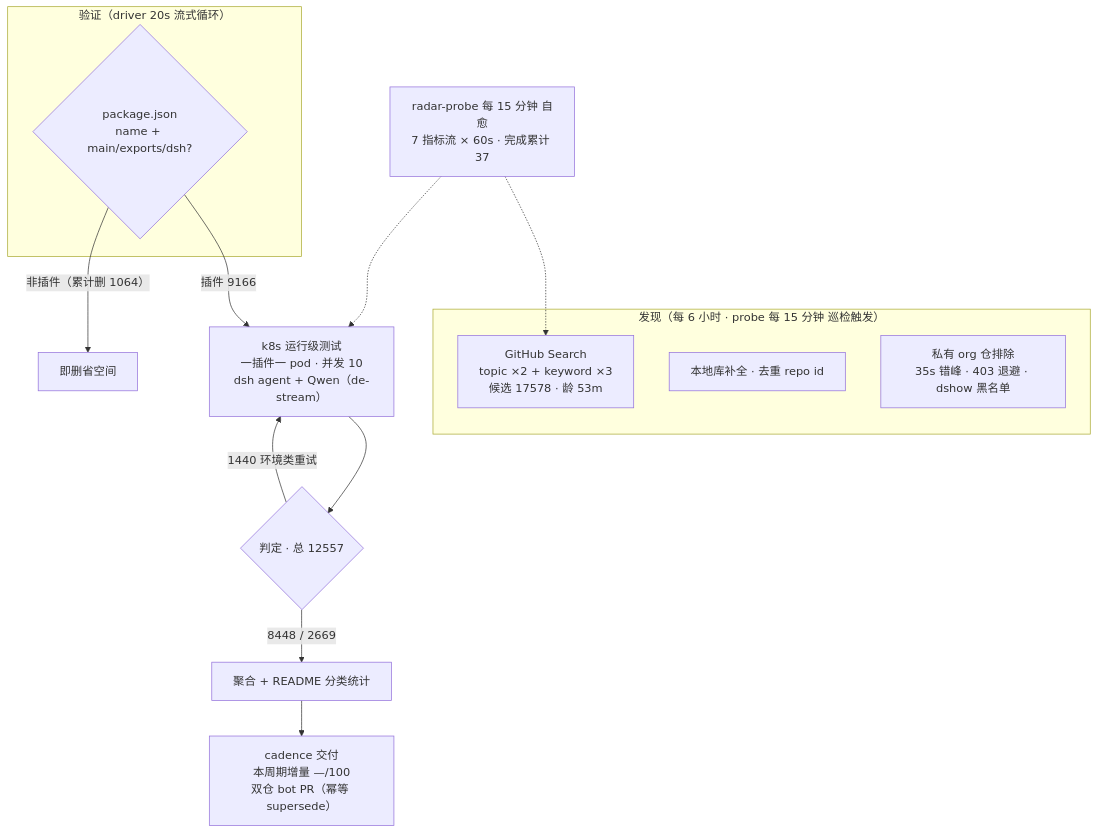
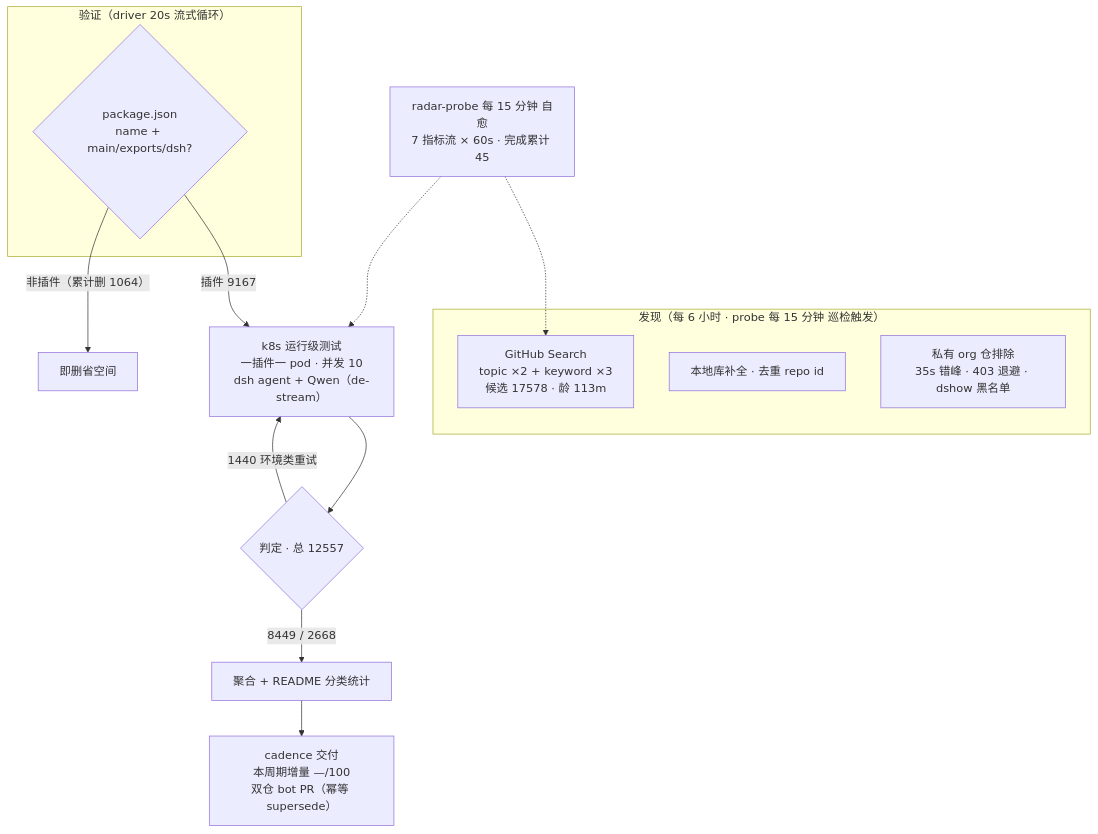
Before and after one commit to Zhidao-Lab-OSS/awesome-dsh-plugins: the diagram in README.md, drawn with Mermaid. The commit also changed other lines of this file and 1 other file, not shown here.

````diff
--- a/README.md
+++ b/README.md
@@ -52,20 +52,20 @@
 ```mermaid
 flowchart TB
     subgraph Discovery["发现（每 6 小时 · probe 每 15 分钟 巡检触发）"]
-        A1["GitHub Search<br/>topic ×2 + keyword ×3<br/>候选 17578 · 龄 53m"]
+        A1["GitHub Search<br/>topic ×2 + keyword ×3<br/>候选 17578 · 龄 113m"]
         A2["本地库补全 · 去重 repo id"]
         A3["私有 org 仓排除<br/>35s 错峰 · 403 退避 · dshow 黑名单"]
     end
     subgraph Validation["验证（driver 20s 流式循环）"]
         B1{"package.json<br/>name + main/exports/dsh?"}
     end
-    B1 -->|"插件 9166"| C1["k8s 运行级测试<br/>一插件一 pod · 并发 10<br/>dsh agent + Qwen（de-stream）"]
+    B1 -->|"插件 9167"| C1["k8s 运行级测试<br/>一插件一 pod · 并发 10<br/>dsh agent + Qwen（de-stream）"]
     B1 -->|"非插件（累计删 1064）"| B3["即删省空间"]
     C1 --> D1{"判定 · 总 12557"}
-    D1 -->|"8448 / 2669"| E1["聚合 + README 分类统计"]
+    D1 -->|"8449 / 2668"| E1["聚合 + README 分类统计"]
     D1 -->|"1440 环境类重试"| C1
     E1 --> E2["cadence 交付<br/>本周期增量 —/100<br/>双仓 bot PR（幂等 supersede）"]
-    M["radar-probe 每 15 分钟 自愈<br/>7 指标流 × 60s · 完成累计 37"]
+    M["radar-probe 每 15 分钟 自愈<br/>7 指标流 × 60s · 完成累计 45"]
     M -.-> A1
     M -.-> C1
 ```
````
